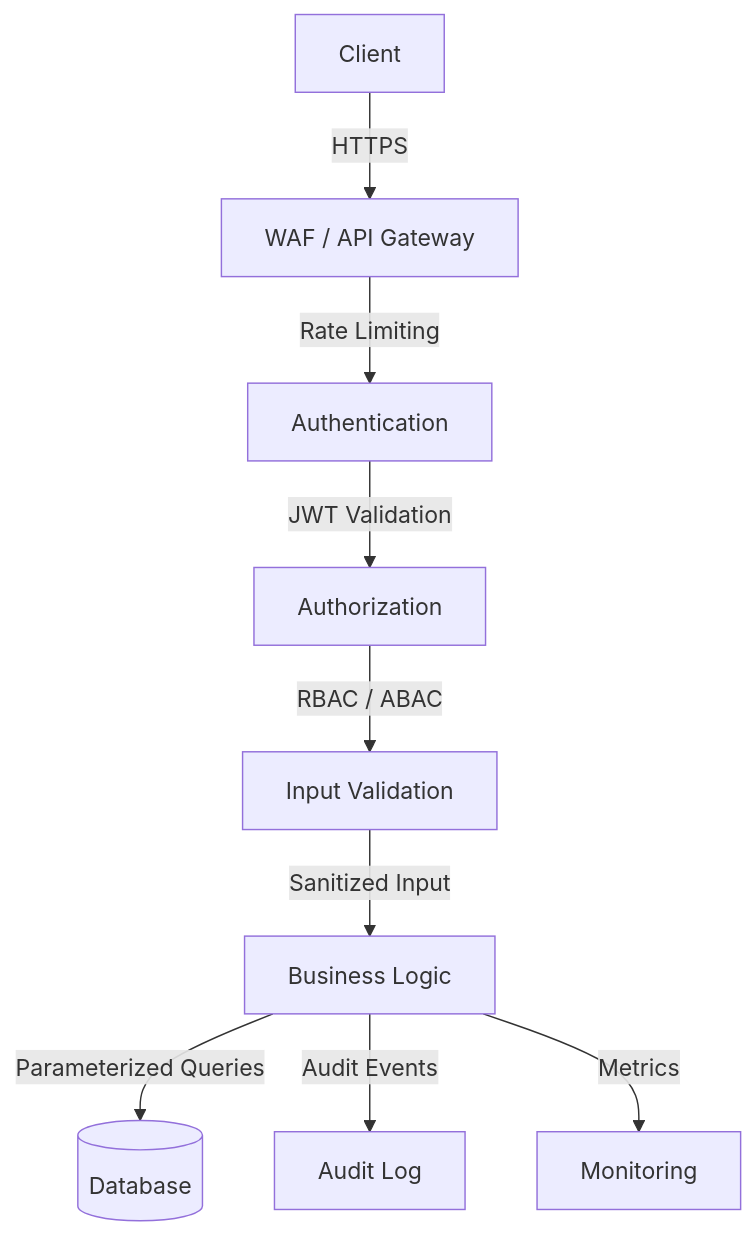
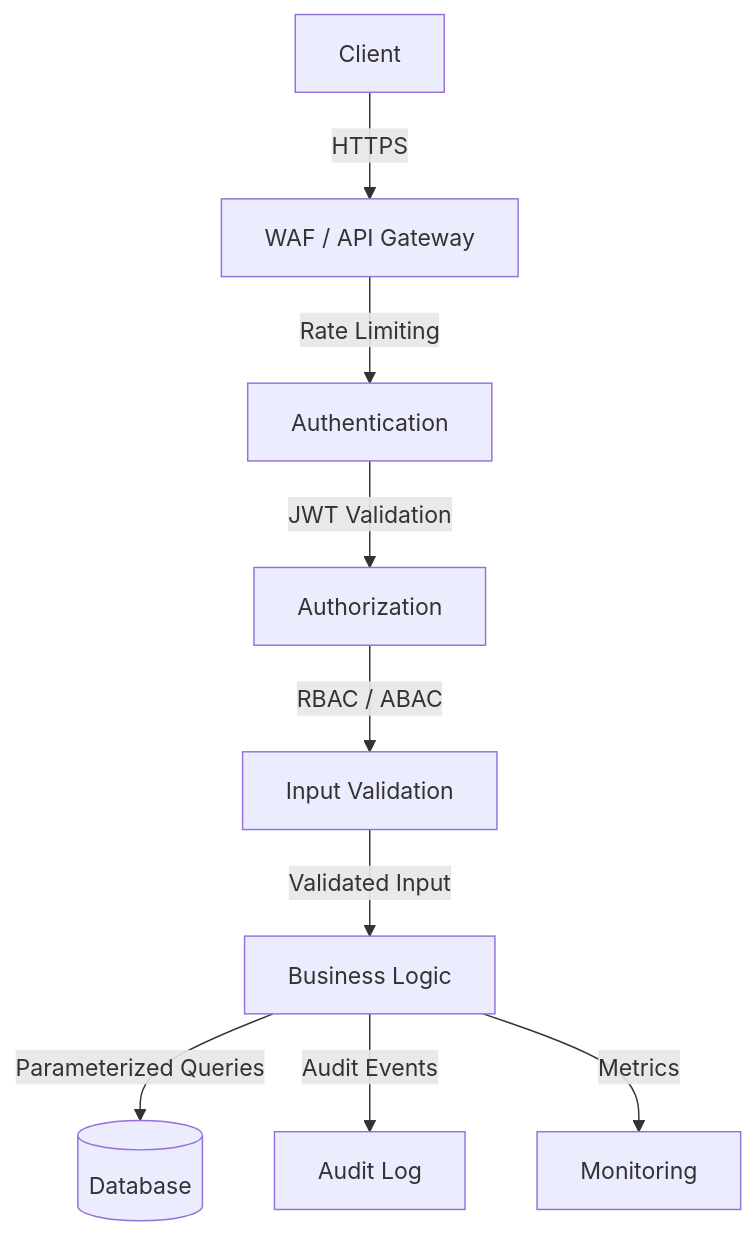
One commit to OneUptime/blog changed the second of 2 diagrams in posts/2026-02-20-api-security-best-practices/README.md. Above: the diagram before and after it, drawn with Mermaid. The commit also changed other lines of this file and 2 other files, not shown here.

````diff
--- a/posts/2026-02-20-api-security-best-practices/README.md
+++ b/posts/2026-02-20-api-security-best-practices/README.md
@@ -275,11 +275,11 @@
 ```mermaid
 graph TD
     Client[Client] -->|HTTPS| WAF[WAF / API Gateway]
     WAF -->|Rate Limiting| Auth[Authentication]
     Auth -->|JWT Validation| Authz[Authorization]
     Authz -->|RBAC / ABAC| Validation[Input Validation]
-    Validation -->|Sanitized Input| Logic[Business Logic]
+    Validation -->|Validated Input| Logic[Business Logic]
     Logic -->|Parameterized Queries| DB[(Database)]
     Logic -->|Audit Events| Audit[Audit Log]
     Logic -->|Metrics| Monitor[Monitoring]
 ```
````
